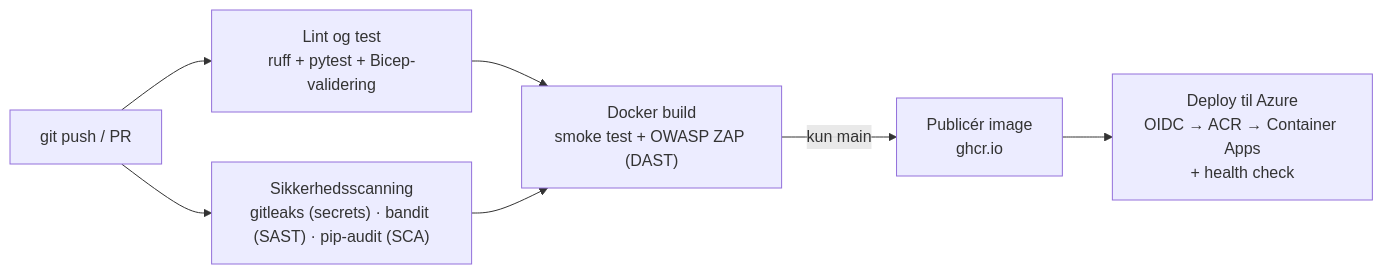
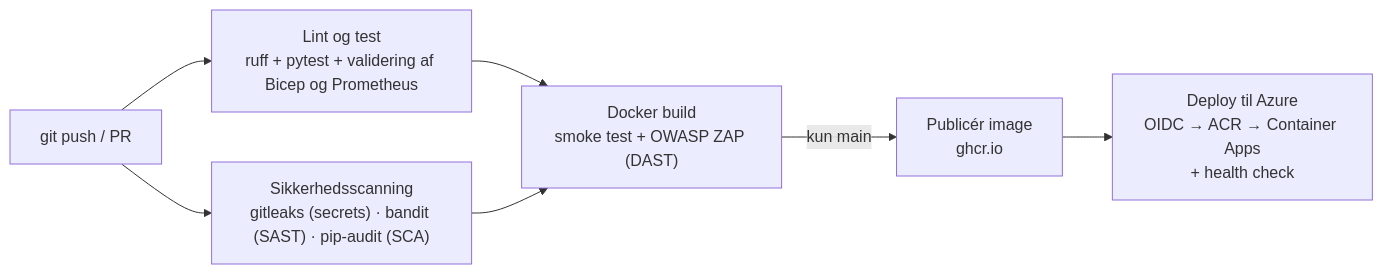
Before and after one commit to afcollin/iot-predictive-maintenance: the third of 4 diagrams in README.md, drawn with Mermaid. The commit also changed other lines of this file and 20 other files, not shown here.

````diff
--- a/README.md
+++ b/README.md
@@ -164,9 +165,9 @@
 ```mermaid
 flowchart LR
-    P[git push / PR] --> T["Lint og test<br/>ruff + pytest + Bicep-validering"]
+    P[git push / PR] --> T["Lint og test<br/>ruff + pytest + validering af Bicep og Prometheus"]
     P --> SEC["Sikkerhedsscanning<br/>gitleaks (secrets) · bandit (SAST) · pip-audit (SCA)"]
     T --> B["Docker build<br/>smoke test + OWASP ZAP (DAST)"]
     SEC --> B
     B -- "kun main" --> G["Publicér image<br/>ghcr.io"]
     G --> D["Deploy til Azure<br/>OIDC → ACR → Container Apps<br/>+ health check"]
 ```
````
